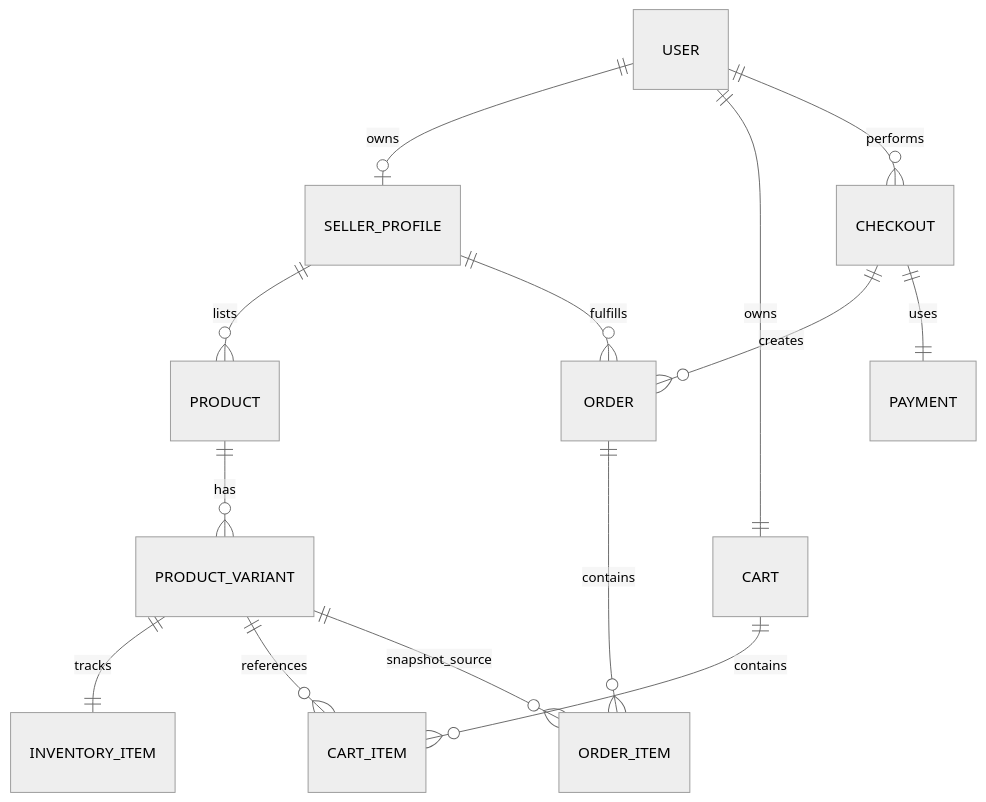
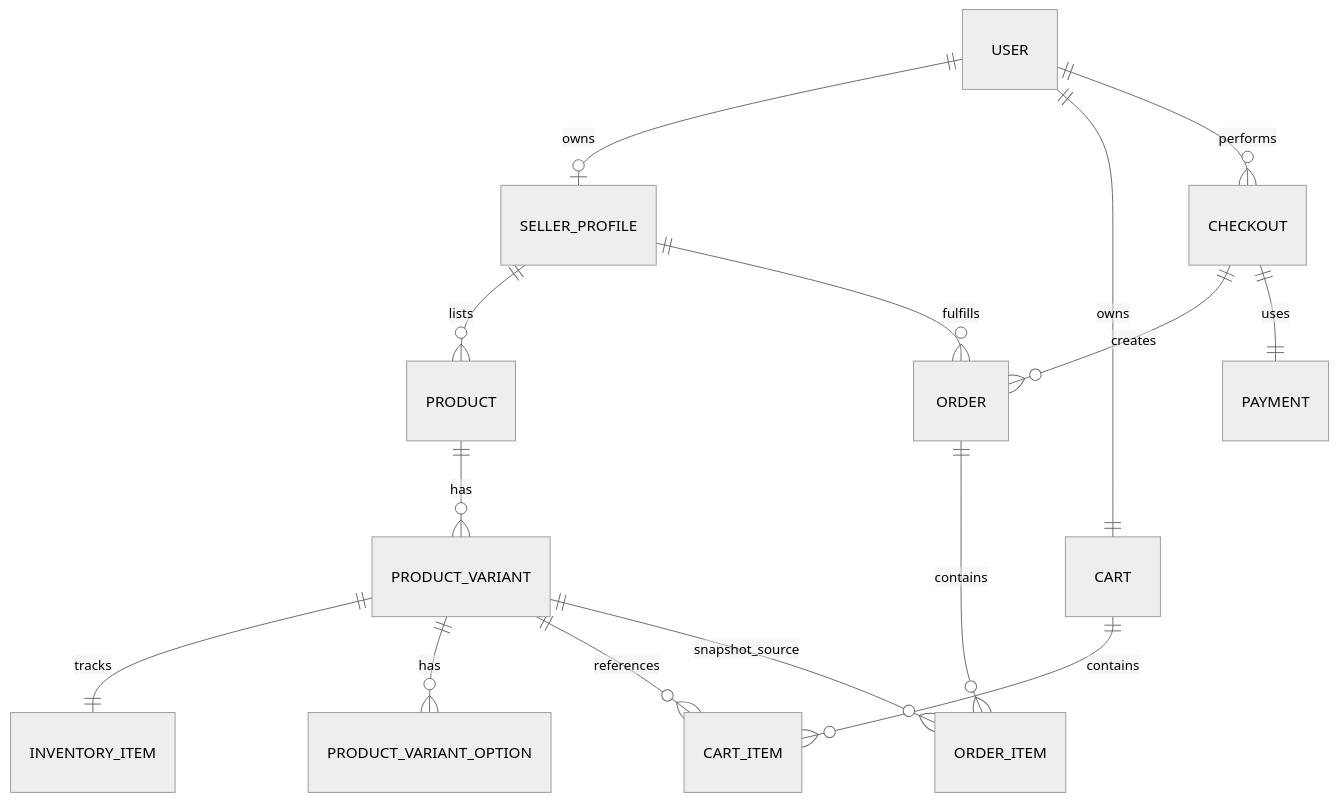
Before and after one commit to quangpham1019/ecommerce_platform: the diagram in docs/erd.md, drawn with Mermaid (neutral theme). The commit also changed other lines of this file and 33 other files, not shown here.

Commit message:
docs: update API and ERD for variant options, slug, inventory changes

````diff
--- a/docs/erd.md
+++ b/docs/erd.md
@@ -5,16 +5,17 @@
 ```mermaid
 erDiagram
     USER ||--o| SELLER_PROFILE : owns
     SELLER_PROFILE ||--o{ PRODUCT : lists
     PRODUCT ||--o{ PRODUCT_VARIANT : has
     PRODUCT_VARIANT ||--|| INVENTORY_ITEM : tracks
+    PRODUCT_VARIANT ||--o{ PRODUCT_VARIANT_OPTION : has
     USER ||--|| CART : owns
     CART ||--o{ CART_ITEM : contains
     PRODUCT_VARIANT ||--o{ CART_ITEM : references
     USER ||--o{ CHECKOUT : performs
     CHECKOUT ||--o{ ORDER : creates
     ORDER ||--o{ ORDER_ITEM : contains
     SELLER_PROFILE ||--o{ ORDER : fulfills
     PRODUCT_VARIANT ||--o{ ORDER_ITEM : snapshot_source
     CHECKOUT ||--|| PAYMENT : uses
 ```
````
